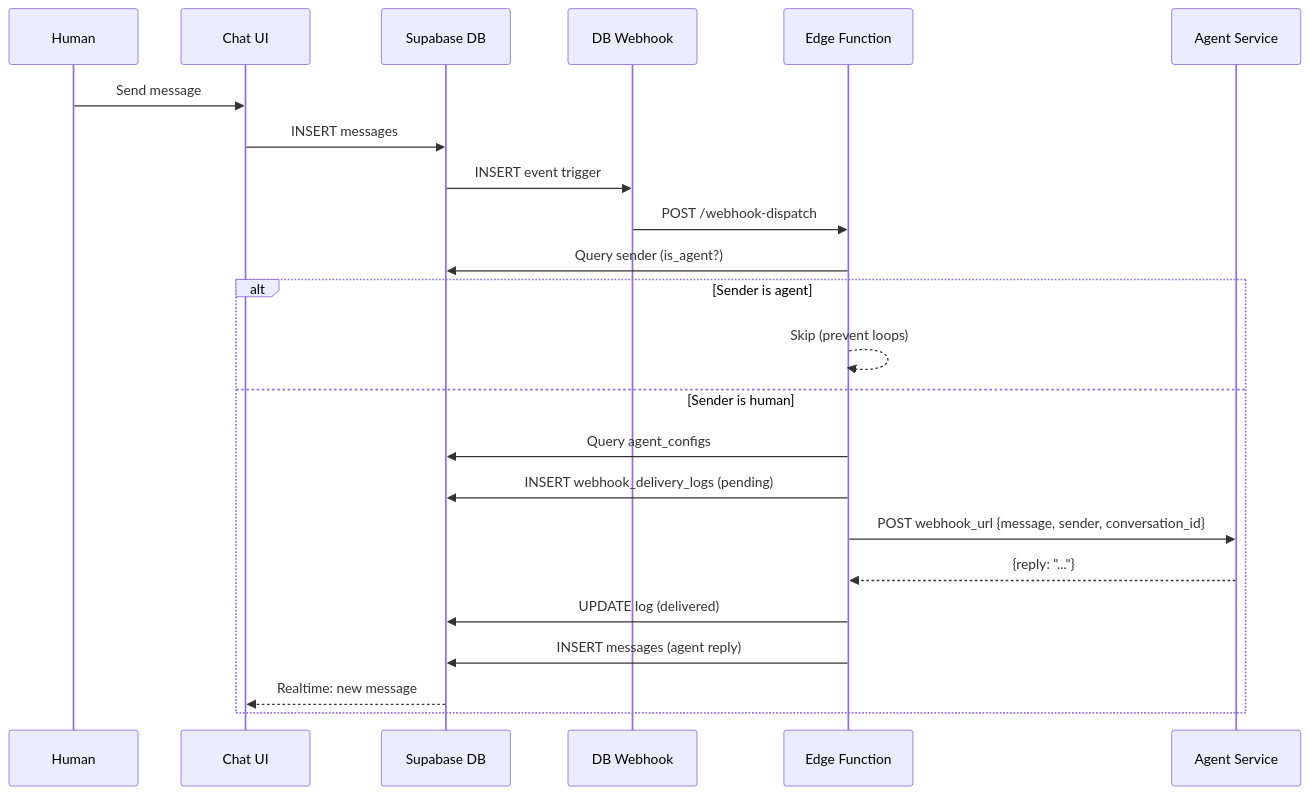
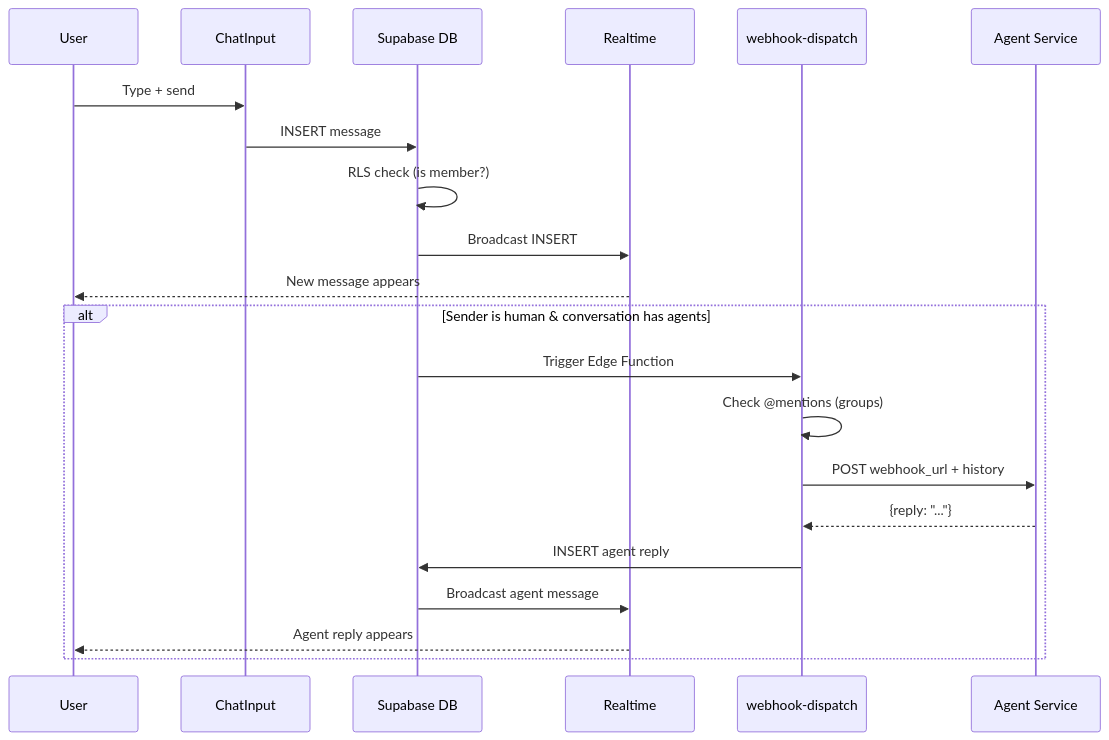
Before and after one commit to phucsystem/agent-playground: the fifth of 11 diagrams in docs/system-architecture.md, drawn with Mermaid. The commit also changed other lines of this file, not shown here.

First line of the commit message:
docs: rewrite system architecture with Mermaid diagrams

````diff
--- a/docs/system-architecture.md
+++ b/docs/system-architecture.md
@@ -666,26 +138,25 @@
 ```mermaid
 sequenceDiagram
-    participant Human
-    participant Chat UI
-    participant Supabase DB
-    participant DB Webhook
-    participant Edge Function
-    participant Agent Service
+    participant User
+    participant ChatInput
+    participant Supabase as Supabase DB
+    participant Realtime
+    participant Webhook as webhook-dispatch
+    participant Agent as Agent Service
 
-    Human->>Chat UI: Send message
-    Chat UI->>Supabase DB: INSERT messages
-    Supabase DB->>DB Webhook: INSERT event trigger
-    DB Webhook->>Edge Function: POST /webhook-dispatch
-    Edge Function->>Supabase DB: Query sender (is_agent?)
-    alt Sender is agent
-        Edge Function-->>Edge Function: Skip (prevent loops)
-    else Sender is human
-        Edge Function->>Supabase DB: Query agent_configs
-        Edge Function->>Supabase DB: INSERT webhook_delivery_logs (pending)
-        Edge Function->>Agent Service: POST webhook_url {message, sender, conversation_id}
-        Agent Service-->>Edge Function: {reply: "..."}
-        Edge Function->>Supabase DB: UPDATE log (delivered)
-        Edge Function->>Supabase DB: INSERT messages (agent reply)
-        Supabase DB-->>Chat UI: Realtime: new message
+    User->>ChatInput: Type + send
+    ChatInput->>Supabase: INSERT message
+    Supabase->>Supabase: RLS check (is member?)
+    Supabase->>Realtime: Broadcast INSERT
+    Realtime-->>User: New message appears
+
+    alt Sender is human & conversation has agents
+        Supabase->>Webhook: Trigger Edge Function
+        Webhook->>Webhook: Check @mentions (groups)
+        Webhook->>Agent: POST webhook_url + history
+        Agent-->>Webhook: {reply: "..."}
+        Webhook->>Supabase: INSERT agent reply
+        Supabase->>Realtime: Broadcast agent message
+        Realtime-->>User: Agent reply appears
     end
 ```
````
